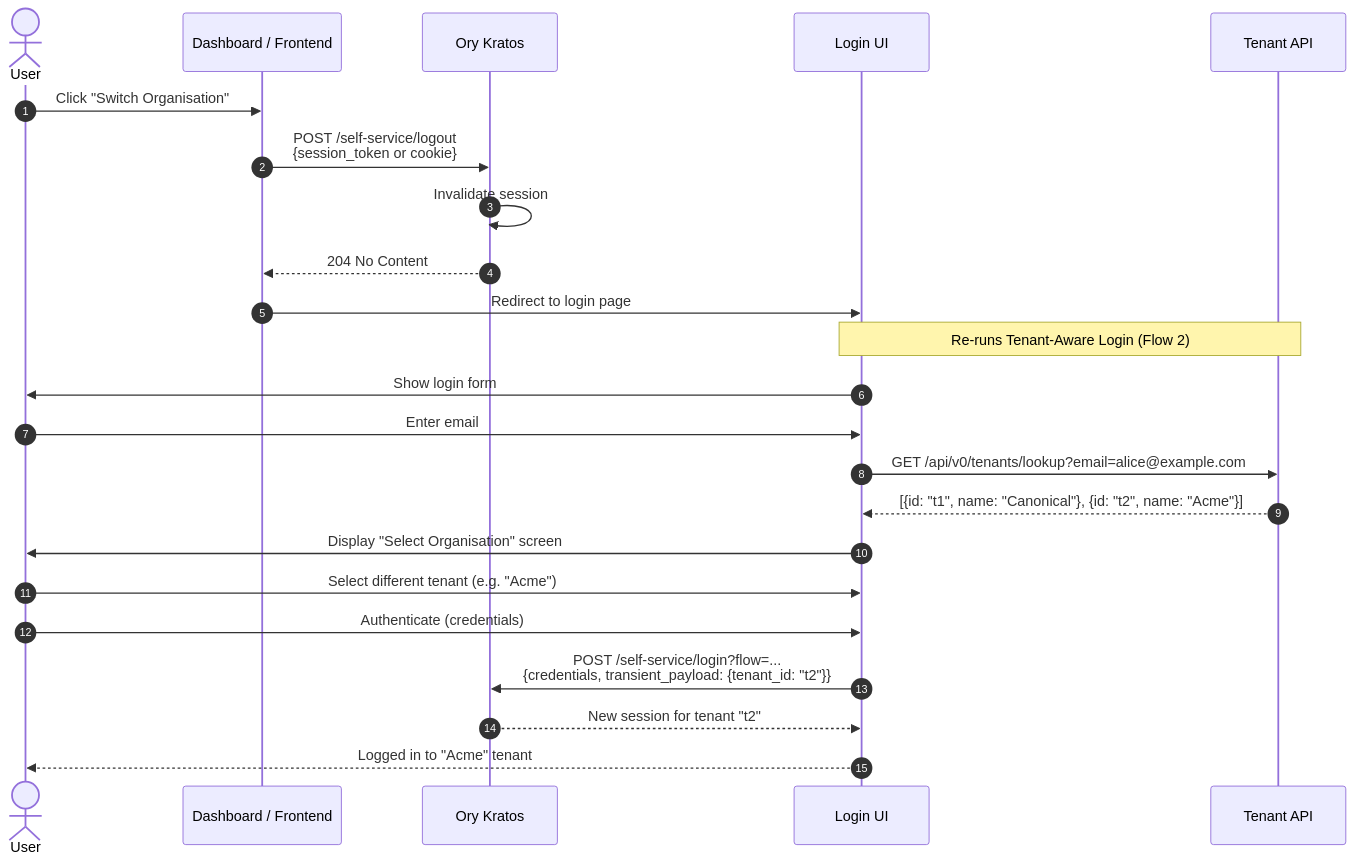
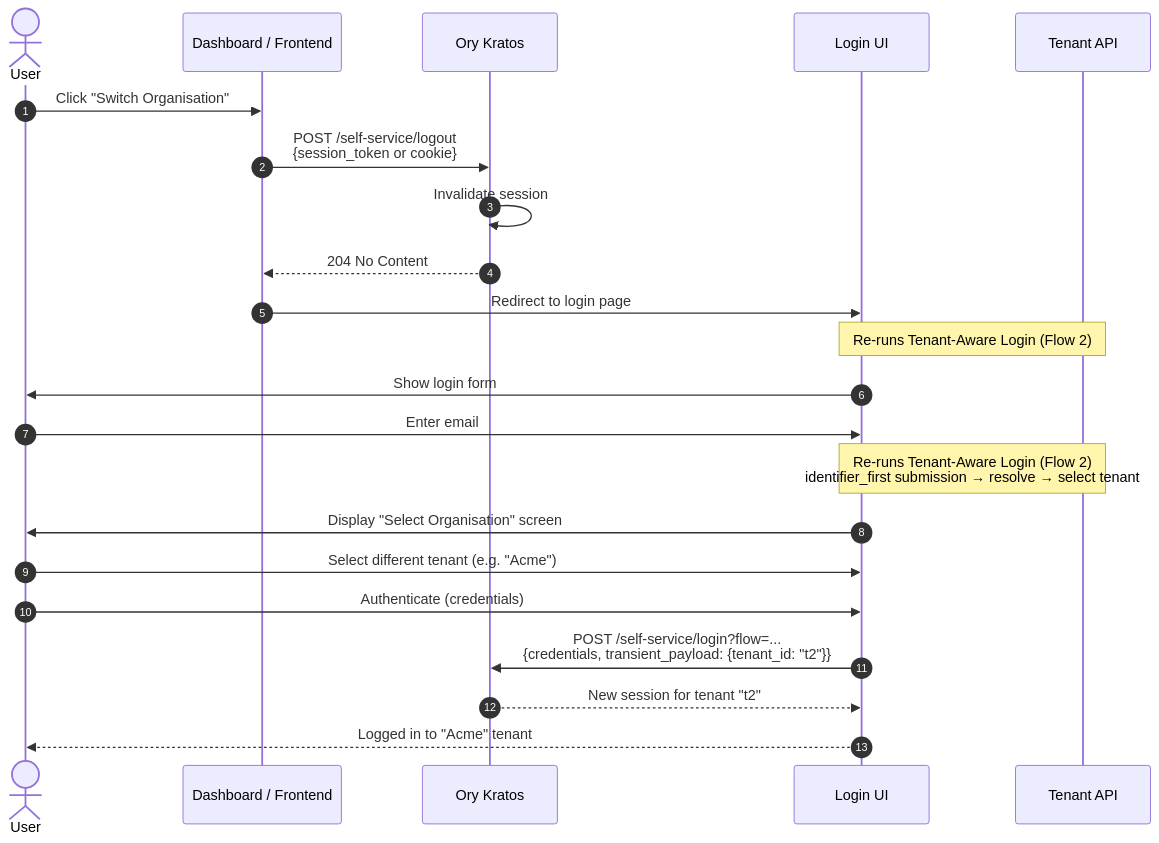
Before and after one commit to canonical/tenant-service: the sixth of 6 diagrams in docs/SEQUENCE_DIAGRAMS.md, drawn with Mermaid. The commit also changed other lines of this file and 2 other files, not shown here.

First line of the commit message:
docs: add ADR-0008 for tenant-aware login, update sequence diagrams and TODO

````diff
--- a/docs/SEQUENCE_DIAGRAMS.md
+++ b/docs/SEQUENCE_DIAGRAMS.md
@@ -356,34 +482,33 @@
 ```mermaid
 sequenceDiagram
     autonumber
     actor User
     participant Dashboard as Dashboard / Frontend
     participant Kratos as Ory Kratos
     participant UI as Login UI
     participant TenantAPI as Tenant API
 
     User->>Dashboard: Click "Switch Organisation"
 
     Dashboard->>Kratos: POST /self-service/logout<br/>{session_token or cookie}
     Kratos->>Kratos: Invalidate session
     Kratos-->>Dashboard: 204 No Content
 
     Dashboard->>UI: Redirect to login page
 
     Note over UI,TenantAPI: Re-runs Tenant-Aware Login (Flow 2)
 
     UI->>User: Show login form
     User->>UI: Enter email
 
-    UI->>TenantAPI: GET /api/v0/tenants/lookup?email=alice@example.com
-    TenantAPI-->>UI: [{id: "t1", name: "Canonical"}, {id: "t2", name: "Acme"}]
+    Note over UI,TenantAPI: Re-runs Tenant-Aware Login (Flow 2)<br/>identifier_first submission → resolve → select tenant
 
     UI->>User: Display "Select Organisation" screen
     User->>UI: Select different tenant (e.g. "Acme")
 
     User->>UI: Authenticate (credentials)
     UI->>Kratos: POST /self-service/login?flow=...<br/>{credentials, transient_payload: {tenant_id: "t2"}}
     Kratos-->>UI: New session for tenant "t2"
 
     UI-->>User: Logged in to "Acme" tenant
 ```
````
